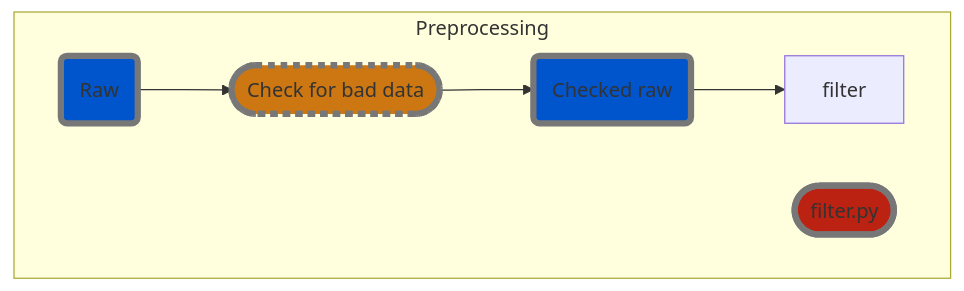
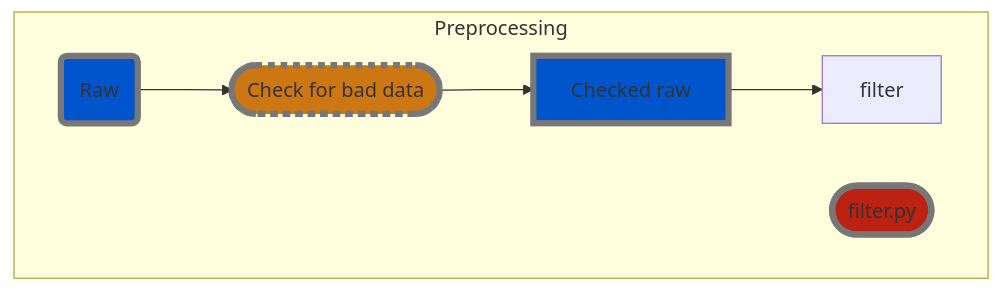
Before and after one commit to hiroyoshi-yamasaki/MNE-MVPA: the diagram in README.md, drawn with Mermaid.

Commit message:
mermaid not working on github

````diff
--- a/README.md
+++ b/README.md
@@ -4,26 +4,26 @@
 ```mermaid
 graph TD
     %% Processes
     classDef automatic_process fill: #b21, stroke-width: 5px, stroke: #777
     classDef manual_process fill: #c71, stroke-width: 5px, stroke: #777, stroke-dasharray: 5, 5;
     
     %% Data
     classDef mne_data fill: #05c, stroke-width: 5px, stroke: #777
     classDef event_data fill: #260, stroke-width: 5px, stroke: #777
     classDef other_data fill: #55c, stroke-width: 5px, stroke: #777
 
     %% Preprocessing MEG data
     subgraph "Preprocessing"
     
         %% Manual check for bad channels, artefacts etc.
         raw_data("Raw"):::mne_data --> check_raw(["Check for bad data"]):::manual_process;
-        check_raw --> checked_raw("Checked raw"):::mne_data;
+        check_raw --> checked_raw["Checked raw"]:::mne_data;
     
-        checked_raw("Checked raw"):::mne_data --> filter; %%(["filter.py"]):::automatic_process;
+        checked_raw --> filter; %%(["filter.py"]):::automatic_process;
         %%filter --> filtered_raw("Filtered raw"):::mne_data;
         
         
         
     end
     
 ```
````
